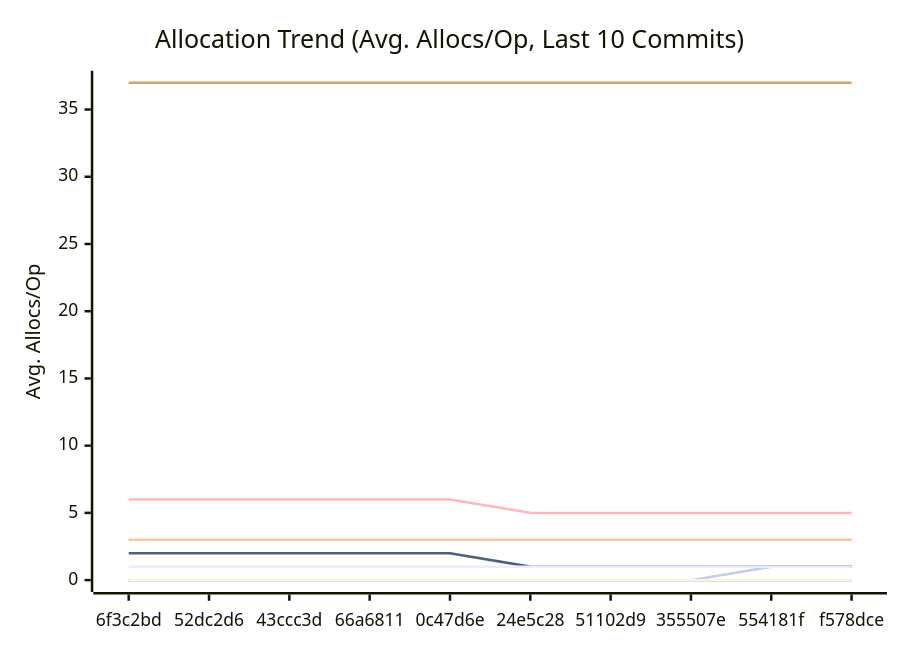
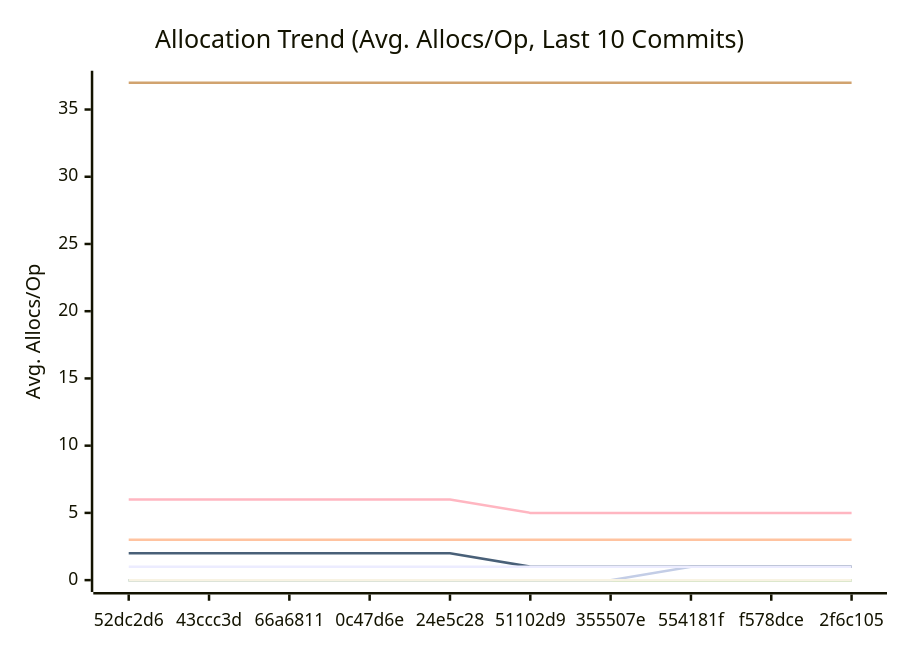
The third of 3 diagrams in docs/PERFORMANCE.md (alsotoes/momo), drawn with Mermaid before and after one commit. The commit also changed other lines of this file and 5 other files, not shown here.

````diff
--- a/docs/PERFORMANCE.md
+++ b/docs/PERFORMANCE.md
@@ -176,18 +176,18 @@
 ```mermaid
 xychart-beta
     title "Allocation Trend (Avg. Allocs/Op, Last 10 Commits)"
     x-axis "Commit"
     y-axis "Avg. Allocs/Op"
-    x-axis [6f3c2bd,52dc2d6,43ccc3d,66a6811,0c47d6e,24e5c28,51102d9,355507e,554181f,f578dce]
+    x-axis [52dc2d6,43ccc3d,66a6811,0c47d6e,24e5c28,51102d9,355507e,554181f,f578dce,2f6c105]
     line "CheckMetricsAndSwap" [0,0,0,0,0,0,0,0,0,0]
     line "CrushOptimized" [0,0,0,0,0,0,0,0,0,0]
     line "CrushOriginal" [3,3,3,3,3,3,3,3,3,3]
     line "IndexDirectTracking" [0,0,0,0,0,0,0,0,0,0]
     line "IndexSearch" [0,0,0,0,0,0,0,0,0,0]
     line "LoadGlobalConfig" [37,37,37,37,37,37,37,37,37,37]
-    line "PadString" [0,0,0,0,0,0,0,0,1,1]
+    line "PadString" [0,0,0,0,0,0,0,1,1,1]
     line "ParseReplicationOrder_NoPrealloc" [6,6,6,6,6,5,5,5,5,5]
     line "ParseReplicationOrder_Prealloc" [2,2,2,2,2,1,1,1,1,1]
     line "SanitizeLog/Safe" [0,0,0,0,0,0,0,0,0,0]
     line "SanitizeLog/Unsafe" [1,1,1,1,1,1,1,1,1,1]
 ```
````
